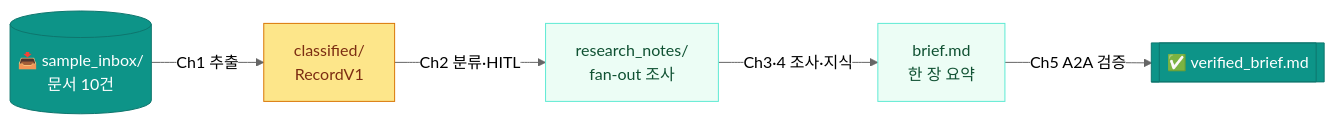
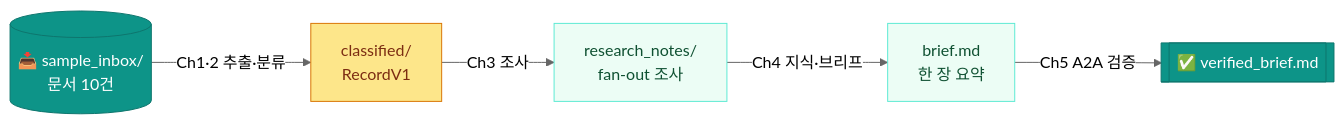
The first of 6 diagrams in books/md/Chapter 1. Kick-off & Agent 패러다임.md (Yo-sure/deepagents-handson), drawn with Mermaid (neutral theme) before and after one commit. The commit also changed other lines of this file and 5 other files, not shown here.

Commit message:
패널 검증 수정: Ch1 벤치 정정(GPT-5.5 88.7 복원·2층 서술)·다크토글 제거·대비 AA·flow-5·로드맵 라벨·OKF safe_dump+톤다운

````diff
--- a/books/md/Chapter 1. Kick-off & Agent 패러다임.md
+++ b/books/md/Chapter 1. Kick-off & Agent 패러다임.md
@@ -66,14 +66,14 @@
 ```mermaid
 flowchart LR
   IN[("📥 sample_inbox/<br/>문서 10건")]
-  IN -->|Ch1 추출| C["classified/<br/>RecordV1"]
-  C -->|Ch2 분류·HITL| R["research_notes/<br/>fan-out 조사"]
-  R -->|Ch3·4 조사·지식| B["brief.md<br/>한 장 요약"]
+  IN -->|Ch1·2 추출·분류| C["classified/<br/>RecordV1"]
+  C -->|Ch3 조사| R["research_notes/<br/>fan-out 조사"]
+  R -->|Ch4 지식·브리프| B["brief.md<br/>한 장 요약"]
   B -->|Ch5 A2A 검증| V[["✅ verified_brief.md"]]
   classDef io fill:#0d9488,stroke:#0f766e,color:#fff;
   classDef here fill:#fde68a,stroke:#d97706,color:#7c2d12;
   classDef step fill:#ecfdf5,stroke:#5eead4,color:#0f5132;
   class IN,V io;
   class C here;
   class R,B step;
 ```
````
